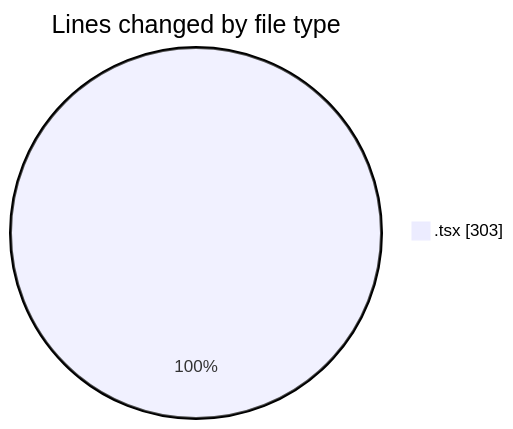
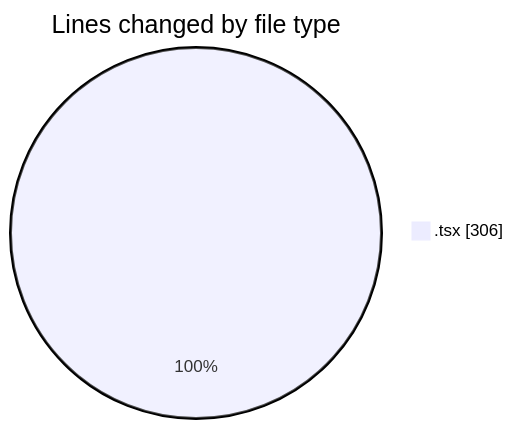
One commit to Ritupan-Deka/code-tracking changed the first of 2 diagrams in 2025-10-19/scopecraft/README.md. Above: the diagram before and after it, drawn with Mermaid. The commit also changed other lines of this file and 1 other file, not shown here.

````diff
--- a/2025-10-19/scopecraft/README.md
+++ b/2025-10-19/scopecraft/README.md
@@ -23,5 +23,5 @@
 ```mermaid
 pie showData
 title Lines changed by file type
-".tsx" : 303
+".tsx" : 306
 ```
````
